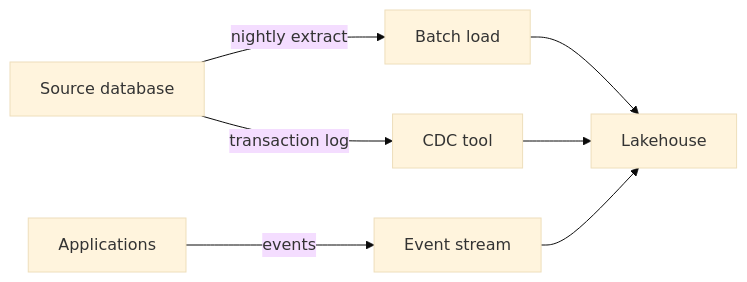
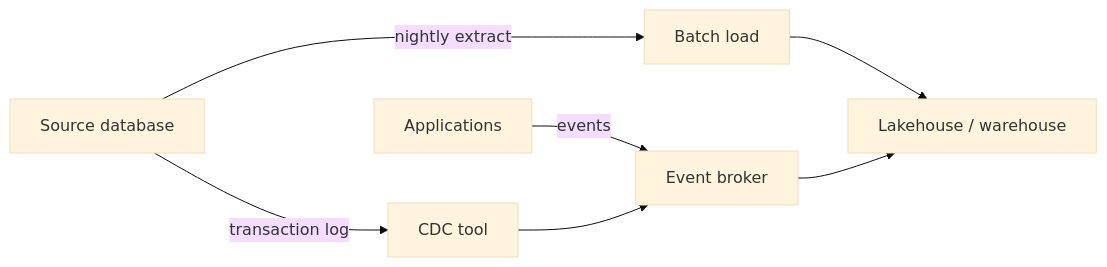
One commit to RajDange/learning-hub changed the diagram in content/tools/01-ingestion-and-cdc.md. Above: the diagram before and after it, drawn with Mermaid (base theme). The commit also changed other lines of this file and 3 other files, not shown here.

````diff
--- a/content/tools/01-ingestion-and-cdc.md
+++ b/content/tools/01-ingestion-and-cdc.md
@@ -13,9 +19,9 @@
 ```mermaid
 flowchart LR
   S["Source database"] -->|"nightly extract"| B["Batch load"]
   S -->|"transaction log"| C["CDC tool"]
-  A["Applications"] -->|"events"| K["Event stream"]
-  B --> L["Lakehouse"]
-  C --> L
+  A["Applications"] -->|"events"| K["Event broker"]
+  C --> K
+  B --> L["Lakehouse / warehouse"]
   K --> L
 ```
````
